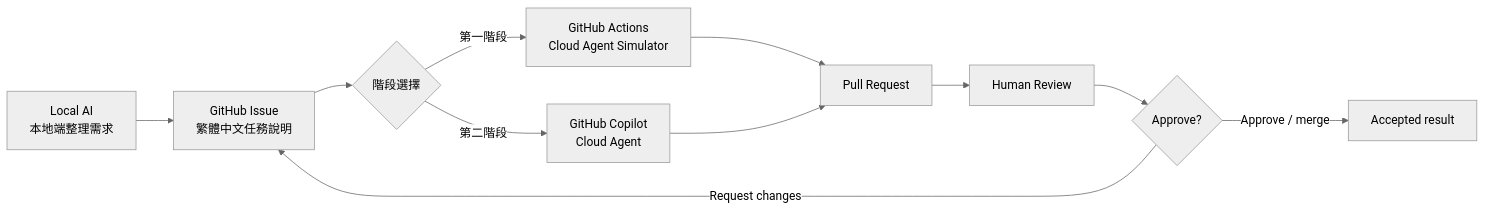
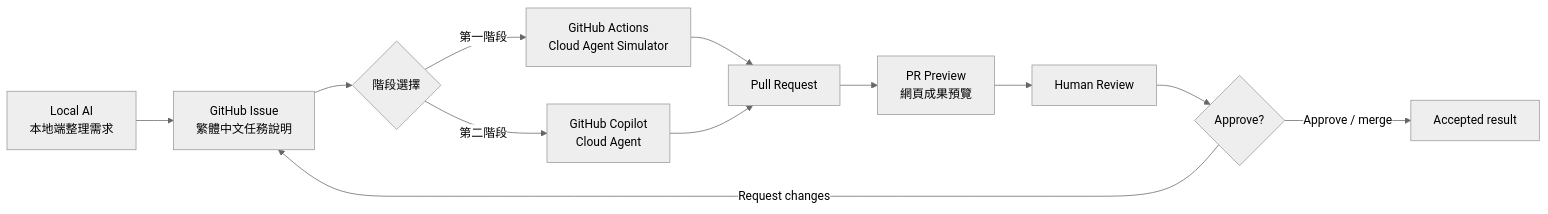
Before and after one commit to IISI-2112007/ai-coding-solved-demo: the diagram in README.md, drawn with Mermaid (neutral theme). The commit also changed other lines of this file and 13 other files, not shown here.

````diff
--- a/README.md
+++ b/README.md
@@ -25,13 +28,14 @@
 ```mermaid
 flowchart LR
     A["Local AI<br/>本地端整理需求"] --> B["GitHub Issue<br/>繁體中文任務說明"]
     B --> C{"階段選擇"}
     C -->|"第一階段"| D["GitHub Actions<br/>Cloud Agent Simulator"]
     C -->|"第二階段"| E["GitHub Copilot<br/>Cloud Agent"]
     D --> F["Pull Request"]
     E --> F
-    F --> G["Human Review"]
+    F --> P["PR Preview<br/>網頁成果預覽"]
+    P --> G["Human Review"]
     G --> H{"Approve?"}
     H -->|"Request changes"| B
     H -->|"Approve / merge"| I["Accepted result"]
 ```
````
